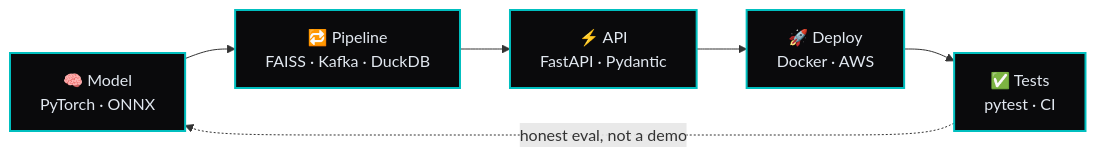
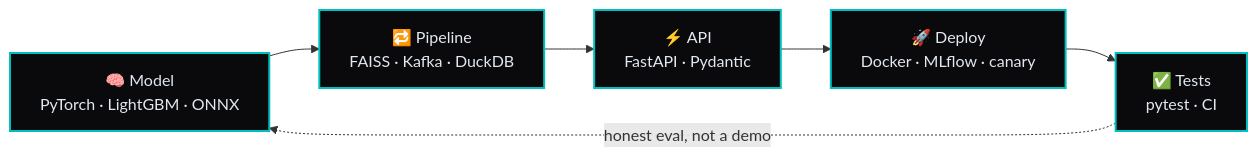
Before and after one commit to Sahiljangra115/Sahiljangra115: the diagram in README.md, drawn with Mermaid. The commit also changed other lines of this file and 1 other file, not shown here.

````diff
--- a/README.md
+++ b/README.md
@@ -46,10 +46,10 @@
 ```mermaid
 flowchart LR
-    M["🧠 Model<br/>PyTorch · ONNX"] --> P["🔁 Pipeline<br/>FAISS · Kafka · DuckDB"]
+    M["🧠 Model<br/>PyTorch · LightGBM · ONNX"] --> P["🔁 Pipeline<br/>FAISS · Kafka · DuckDB"]
     P --> A["⚡ API<br/>FastAPI · Pydantic"]
-    A --> D["🚀 Deploy<br/>Docker · AWS"]
+    A --> D["🚀 Deploy<br/>Docker · MLflow · canary"]
     D --> T["✅ Tests<br/>pytest · CI"]
     T -. "honest eval, not a demo" .-> M
     classDef box fill:#0a0a0c,stroke:#00bfbf,stroke-width:2px,color:#e2e8f0
     class M,P,A,D,T box
 ```
````
